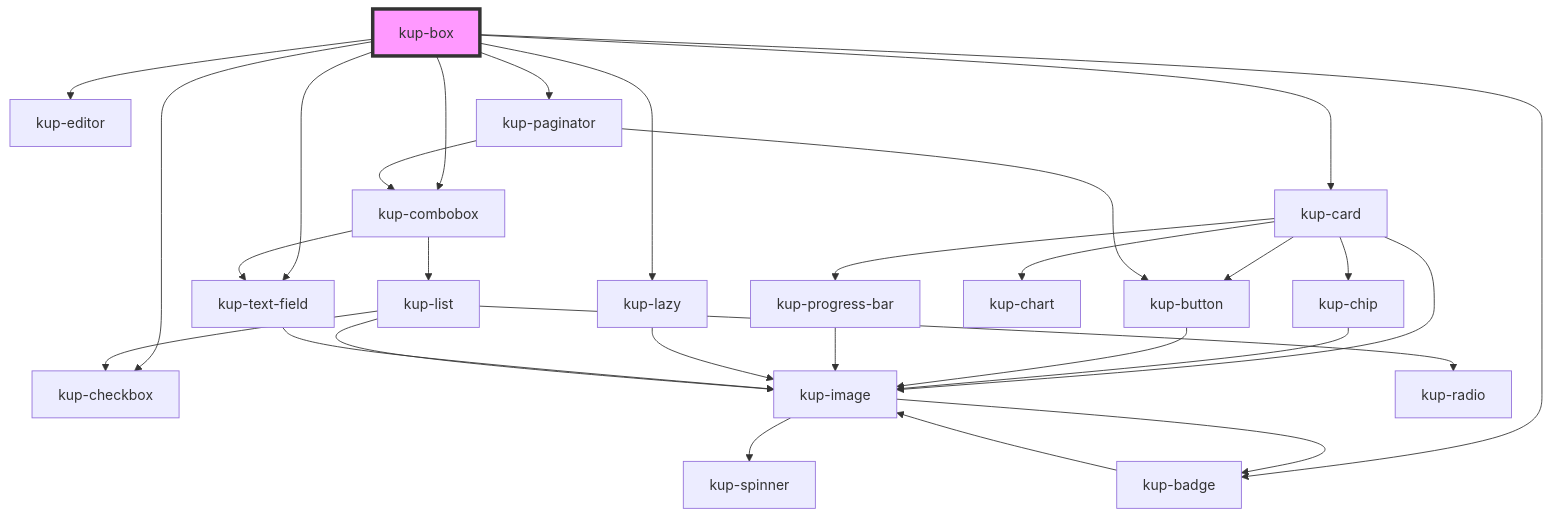
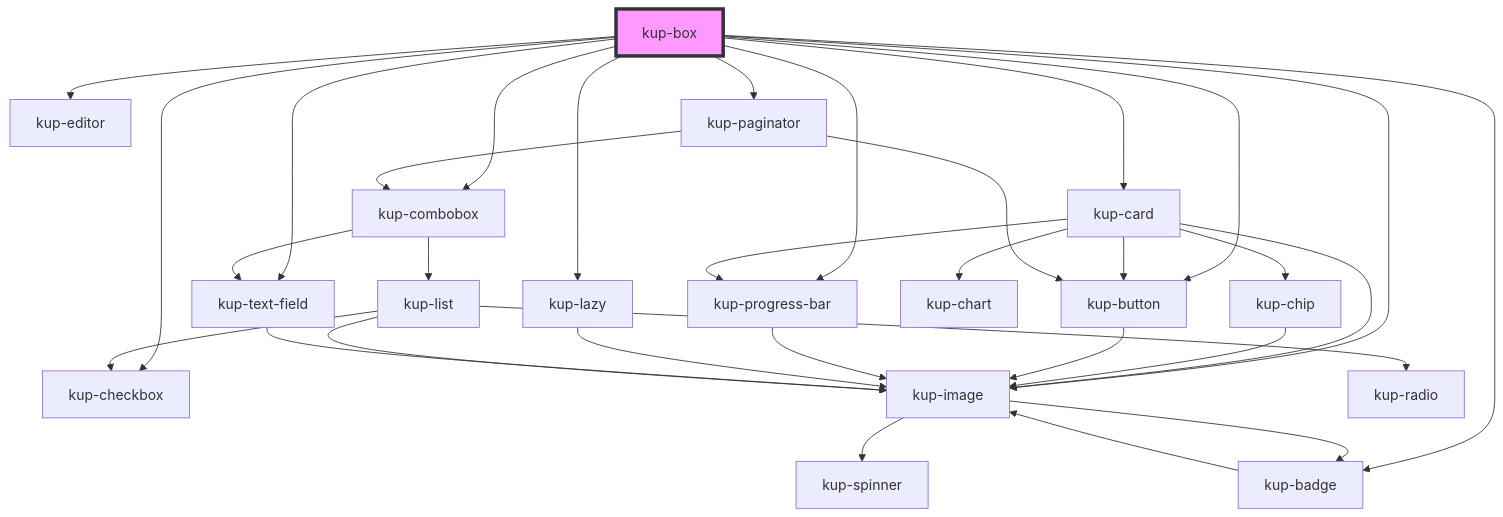
The diagram in packages/ketchup/src/components/kup-box/readme.md (smeup/ketchup), drawn with Mermaid before and after one commit. The commit also changed other lines of this file and 8 other files, not shown here.

Commit message:
Removed lazy from box and tree cells: button, checkbox, radio, progressbar, icon.

````diff
--- a/packages/ketchup/src/components/kup-box/readme.md
+++ b/packages/ketchup/src/components/kup-box/readme.md
@@ -102,32 +105,35 @@
 ```mermaid
 graph TD;
   kup-box --> kup-card
   kup-box --> kup-checkbox
   kup-box --> kup-badge
+  kup-box --> kup-button
   kup-box --> kup-lazy
   kup-box --> kup-editor
+  kup-box --> kup-image
   kup-box --> kup-text-field
+  kup-box --> kup-progress-bar
   kup-box --> kup-combobox
   kup-box --> kup-paginator
   kup-card --> kup-image
   kup-card --> kup-chip
   kup-card --> kup-button
   kup-card --> kup-progress-bar
   kup-card --> kup-chart
   kup-image --> kup-spinner
   kup-image --> kup-badge
   kup-badge --> kup-image
   kup-chip --> kup-image
   kup-button --> kup-image
   kup-progress-bar --> kup-image
   kup-lazy --> kup-image
   kup-text-field --> kup-image
   kup-combobox --> kup-text-field
   kup-combobox --> kup-list
   kup-list --> kup-image
   kup-list --> kup-radio
   kup-list --> kup-checkbox
   kup-paginator --> kup-button
   kup-paginator --> kup-combobox
   style kup-box fill:#f9f,stroke:#333,stroke-width:4px
 ```
````
